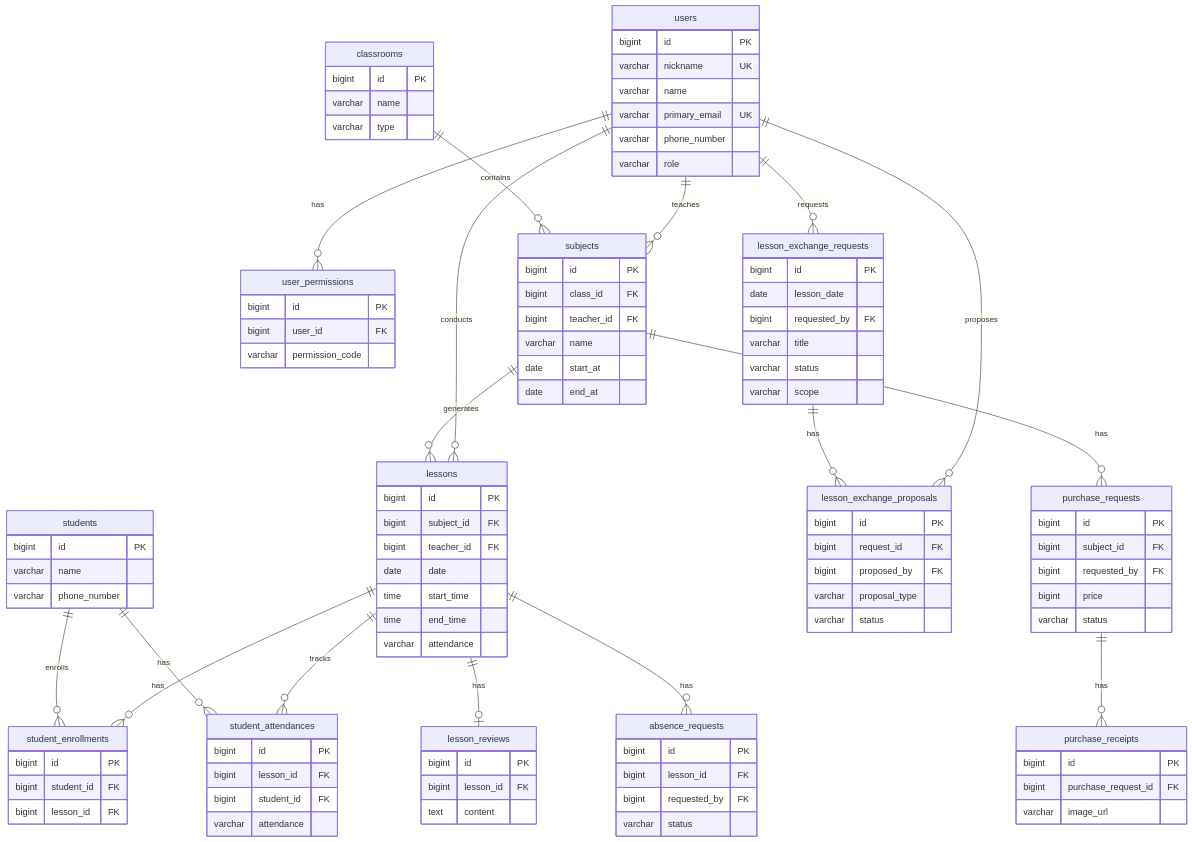
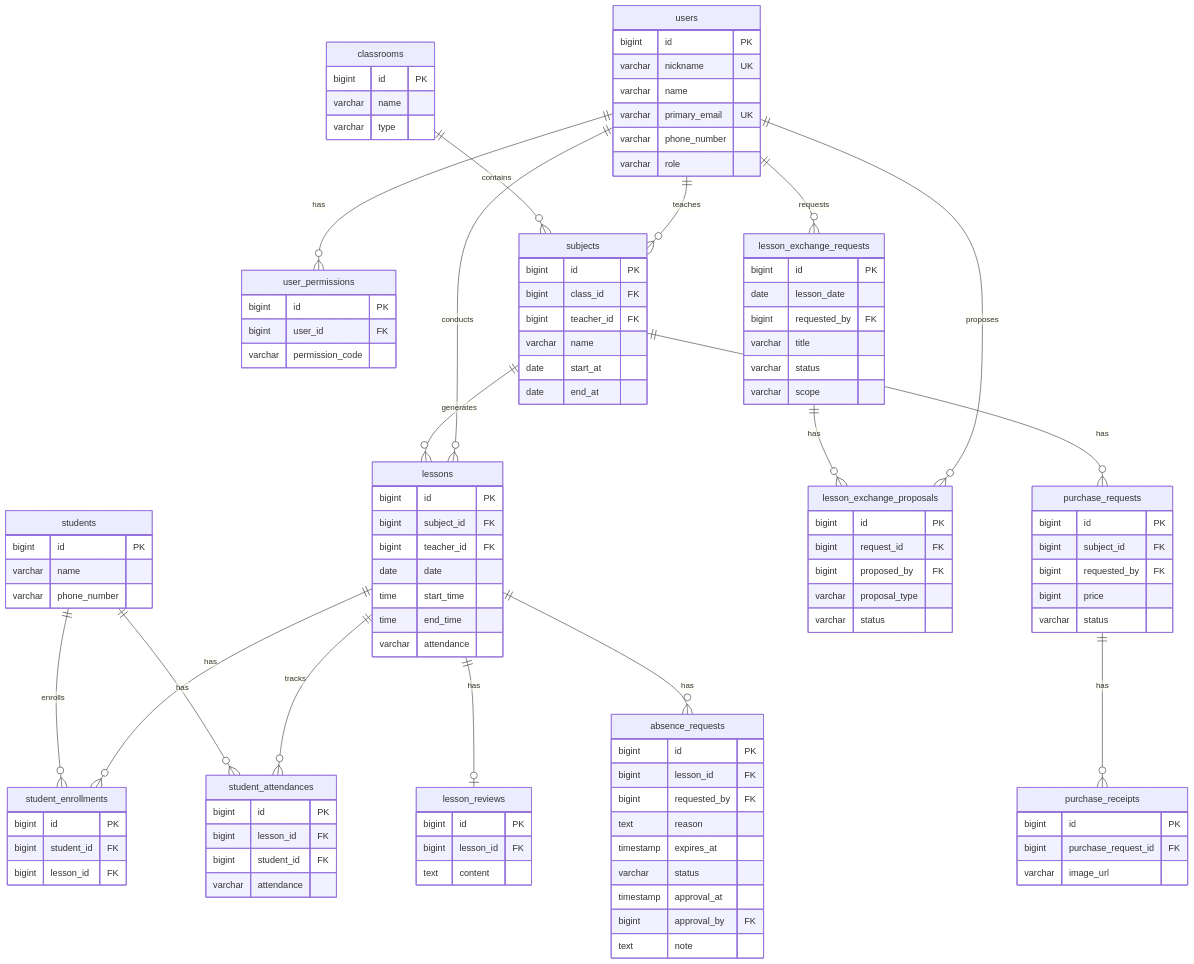
One commit to Geumjeongyahak/Backend changed the diagram in docs/data_model.md. Above: the diagram before and after it, drawn with Mermaid. The commit also changed other lines of this file and 4 other files, not shown here.

```diff
--- a/docs/data_model.md
+++ b/docs/data_model.md
@@ -150,7 +150,12 @@
         bigint id PK
         bigint lesson_id FK
         bigint requested_by FK
+        text reason
+        timestamp expires_at
         varchar status
+        timestamp approval_at
+        bigint approval_by FK
+        text note
     }
 
     lesson_exchange_requests {
```
